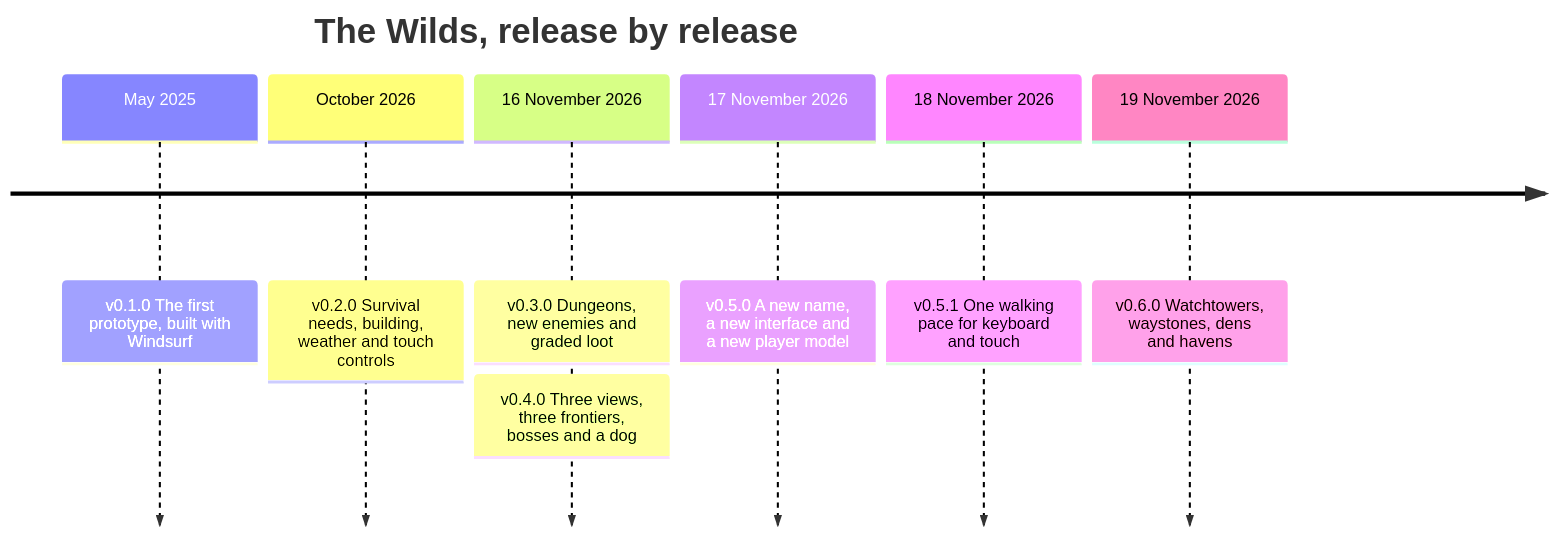
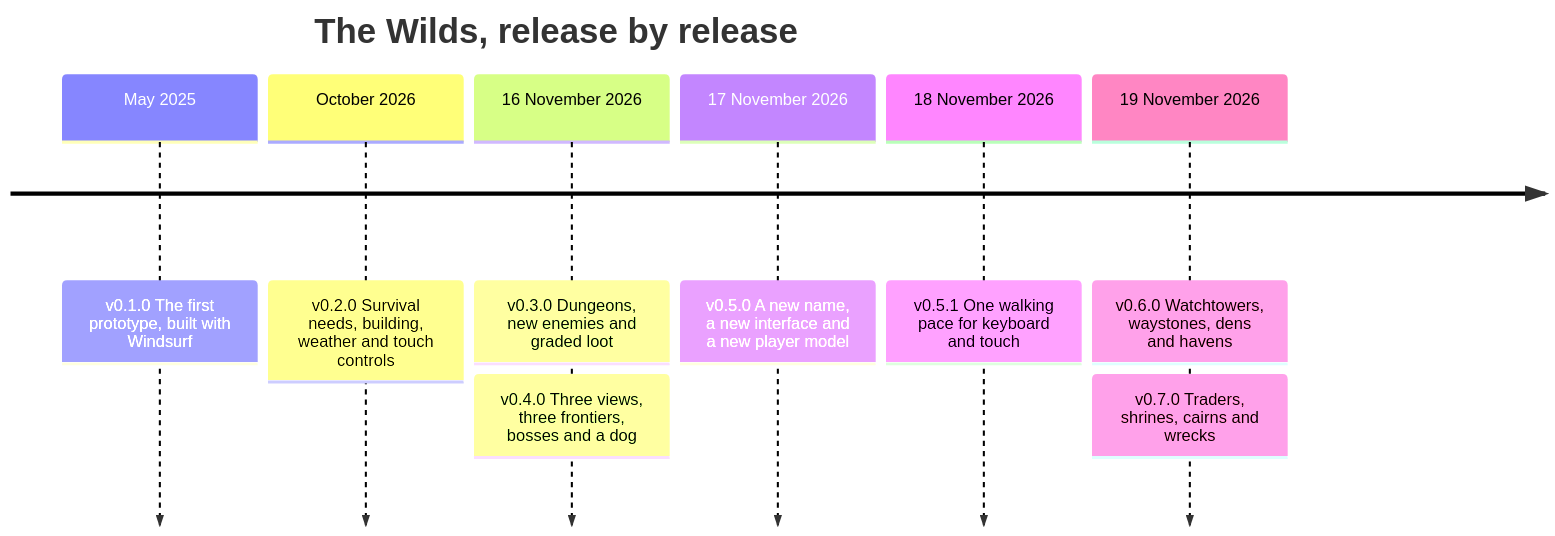
Before and after one commit to CptNope/Survival-Game: the fifth of 5 diagrams in README.md, drawn with Mermaid. The commit also changed other lines of this file and 10 other files, not shown here.

First line of the commit message:
Add more places: traders, shrines, cairns with caches, and wrecks

````diff
--- a/README.md
+++ b/README.md
@@ -476,11 +482,12 @@
 ```mermaid
 timeline
     title The Wilds, release by release
     May 2025 : v0.1.0 The first prototype, built with Windsurf
     October 2026 : v0.2.0 Survival needs, building, weather and touch controls
     16 November 2026 : v0.3.0 Dungeons, new enemies and graded loot
                      : v0.4.0 Three views, three frontiers, bosses and a dog
     17 November 2026 : v0.5.0 A new name, a new interface and a new player model
     18 November 2026 : v0.5.1 One walking pace for keyboard and touch
     19 November 2026 : v0.6.0 Watchtowers, waystones, dens and havens
+                     : v0.7.0 Traders, shrines, cairns and wrecks
 ```
````
